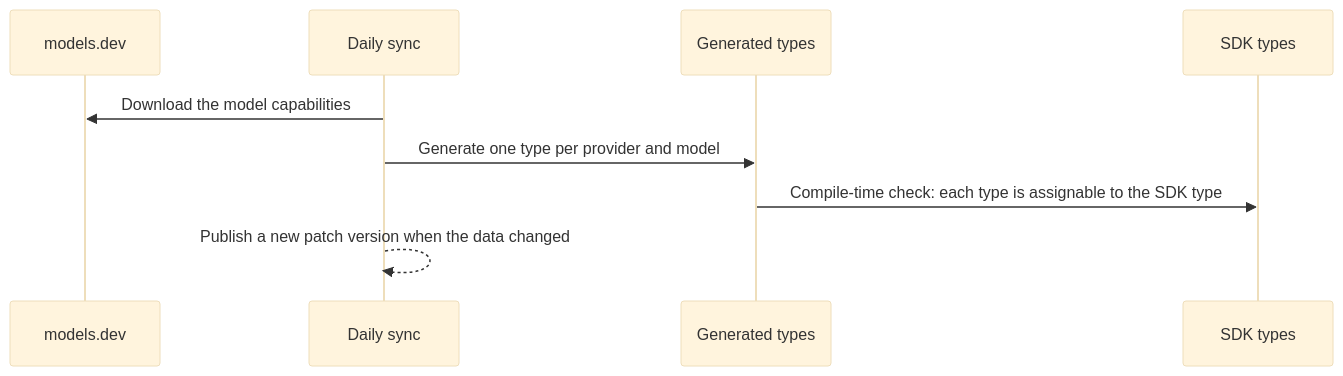
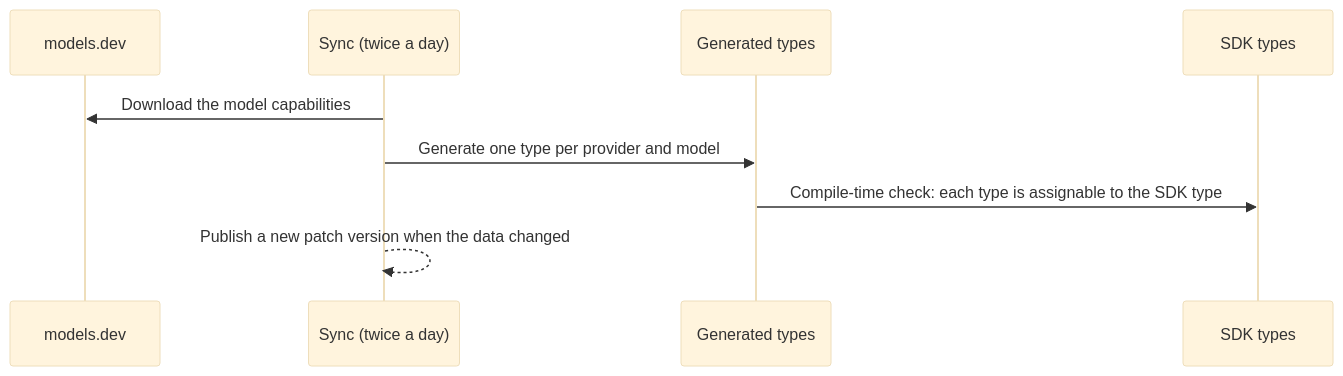
The diagram in README.md (zirkelc/types.ai), drawn with Mermaid (base theme) before and after one commit. The commit also changed other lines of this file and 1 other file, not shown here.

Commit message:
ci(sync): run the sync twice a day

````diff
--- a/README.md
+++ b/README.md
@@ -40,12 +40,12 @@
 ```mermaid
 sequenceDiagram
     participant Data as models.dev
-    participant Sync as Daily sync
+    participant Sync as Sync (twice a day)
     participant Types as Generated types
     participant SDK as SDK types
 
     Sync->>Data: Download the model capabilities
     Sync->>Types: Generate one type per provider and model
     Types->>SDK: Compile-time check: each type is assignable to the SDK type
     Sync-->>Sync: Publish a new patch version when the data changed
 ```
````
